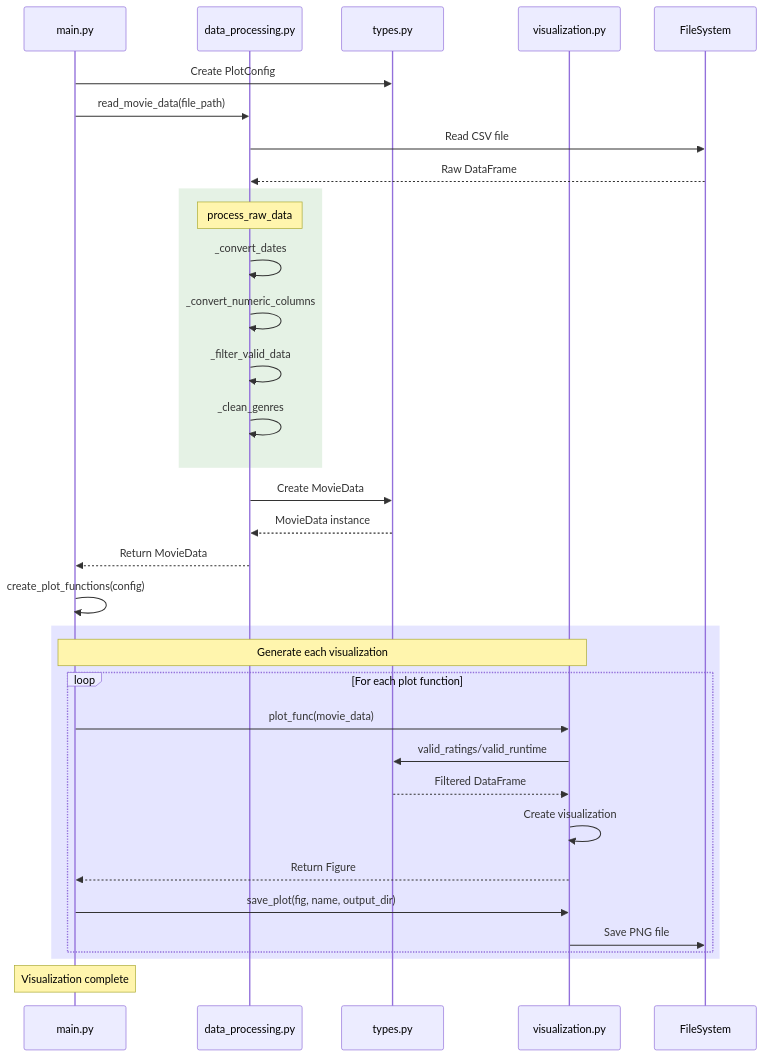
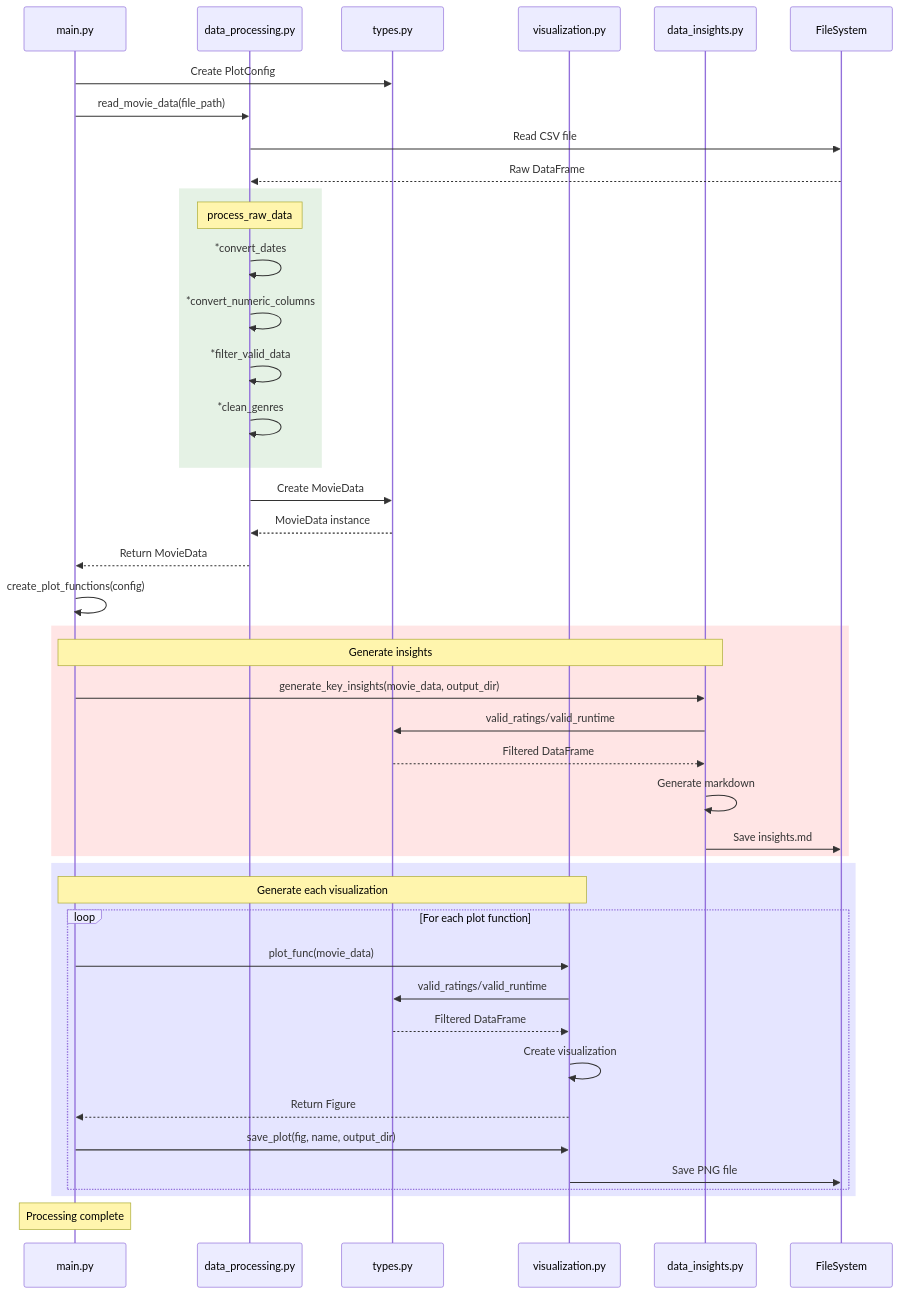
One commit to Floressek/FunctionProgrammingLab changed the diagram in README.md. Above: the diagram before and after it, drawn with Mermaid.

````diff
--- a/README.md
+++ b/README.md
@@ -42,42 +42,48 @@
 ```mermaid
 sequenceDiagram
     participant Main as main.py
     participant DP as data_processing.py
     participant Types as types.py
     participant Viz as visualization.py
+    participant DI as data_insights.py
     participant FS as FileSystem
-
     Main->>Types: Create PlotConfig
     Main->>DP: read_movie_data(file_path)
     DP->>FS: Read CSV file
     FS-->>DP: Raw DataFrame
     
     rect rgba(0, 128, 0, 0.1)
         Note over DP: process_raw_data
-        DP->>DP: _convert_dates
-        DP->>DP: _convert_numeric_columns
-        DP->>DP: _filter_valid_data
-        DP->>DP: _clean_genres
+        DP->>DP: *convert_dates
+        DP->>DP: *convert_numeric_columns
+        DP->>DP: *filter_valid_data
+        DP->>DP: *clean_genres
     end
-
     DP->>Types: Create MovieData
     Types-->>DP: MovieData instance
     DP-->>Main: Return MovieData
-
     Main->>Main: create_plot_functions(config)
-
+    
+    rect rgba(255, 0, 0, 0.1)
+        Note over Main,DI: Generate insights
+        Main->>DI: generate_key_insights(movie_data, output_dir)
+        DI->>Types: valid_ratings/valid_runtime
+        Types-->>DI: Filtered DataFrame
+        DI->>DI: Generate markdown
+        DI->>FS: Save insights.md
+    end
+    
     rect rgba(0, 0, 255, 0.1)
         Note over Main,Viz: Generate each visualization
         loop For each plot function
             Main->>Viz: plot_func(movie_data)
             Viz->>Types: valid_ratings/valid_runtime
             Types-->>Viz: Filtered DataFrame
             Viz->>Viz: Create visualization
             Viz-->>Main: Return Figure
             Main->>Viz: save_plot(fig, name, output_dir)
             Viz->>FS: Save PNG file
         end
     end
-
-    Note over Main: Visualization complete
+    Note over Main: Processing complete
 ```
````
